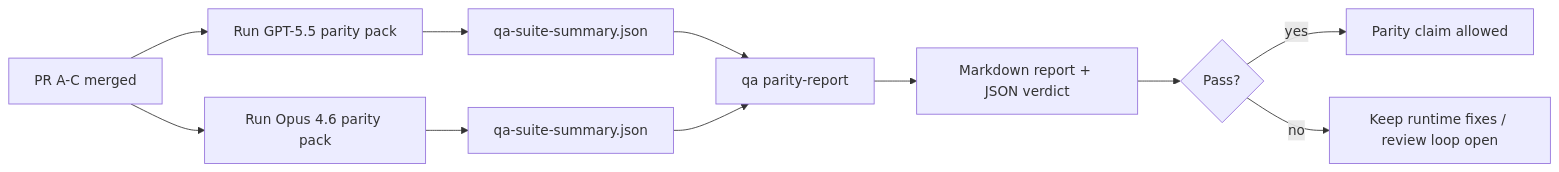
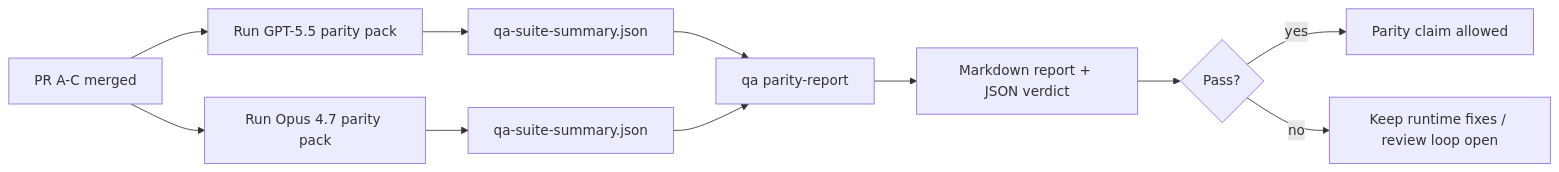
The diagram in src/src-tauri/resources/clawdbot/docs/help/gpt55-codex-agentic-parity-maintainers.md (knap-ai/knapsack_desktop), drawn with Mermaid before and after one commit. The commit also changed other lines of this file and 13754 other files, not shown here.

````diff
--- a/src/src-tauri/resources/clawdbot/docs/help/gpt55-codex-agentic-parity-maintainers.md
+++ b/src/src-tauri/resources/clawdbot/docs/help/gpt55-codex-agentic-parity-maintainers.md
@@ -133,13 +133,13 @@
 ```mermaid
 flowchart LR
     A["PR A-C merged"] --> B["Run GPT-5.5 parity pack"]
-    A --> C["Run Opus 4.6 parity pack"]
+    A --> C["Run Opus 4.7 parity pack"]
     B --> D["qa-suite-summary.json"]
     C --> E["qa-suite-summary.json"]
     D --> F["qa parity-report"]
     E --> F
     F --> G["Markdown report + JSON verdict"]
     G --> H{"Pass?"}
     H -- "yes" --> I["Parity claim allowed"]
     H -- "no" --> J["Keep runtime fixes / review loop open"]
 ```
````
